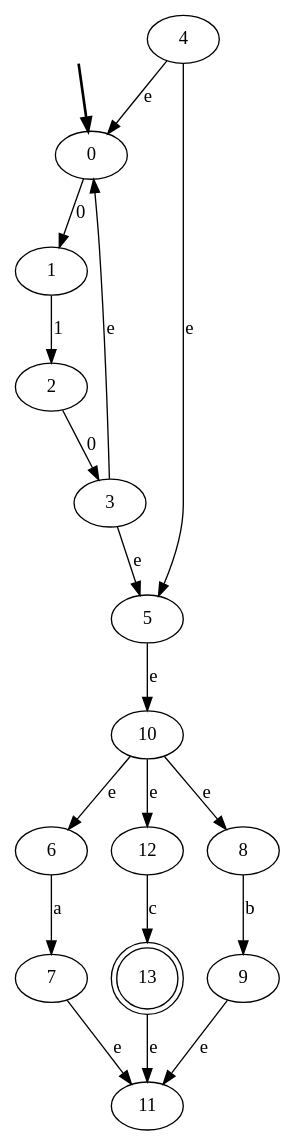
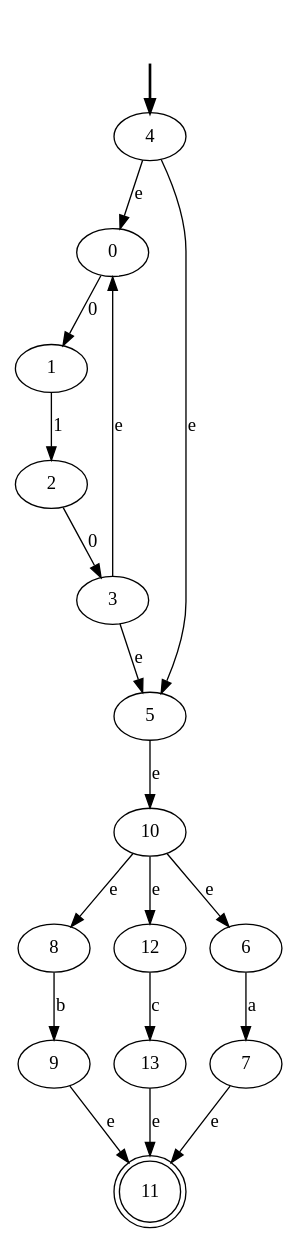
One commit to maupeon/Compiladores changed the diagram in Tarea 1/output.dot. Above: the diagram before and after it, drawn with Graphviz. The commit also changed 3 other files, not shown here.

```diff
--- a/Tarea 1/output.dot
+++ b/Tarea 1/output.dot
@@ -1,35 +1,35 @@
 digraph {
 	fake0 [style=invisible]
-	10
-	13 [shape=doublecircle]
-	0 [root=true]
-	6
-	12
 	1
-	5
+	2
+	4 [root=true]
+	9
+	13
+	0
 	8
 	3
-	2
-	11
-	4
-	9
+	12
+	11 [shape=doublecircle]
+	10
 	7
-	fake0 -> 0 [style=bold]
+	5
+	6
+	fake0 -> 4 [style=bold]
 	0 -> 1 [label=0]
 	1 -> 2 [label=1]
 	2 -> 3 [label=0]
+	4 -> 5 [label=e]
 	4 -> 0 [label=e]
-	4 -> 5 [label=e]
+	3 -> 5 [label=e]
 	3 -> 0 [label=e]
-	3 -> 5 [label=e]
 	6 -> 7 [label=a]
 	8 -> 9 [label=b]
+	10 -> 12 [label=e]
+	10 -> 8 [label=e]
 	10 -> 6 [label=e]
-	10 -> 8 [label=e]
-	10 -> 12 [label=e]
 	7 -> 11 [label=e]
 	9 -> 11 [label=e]
 	12 -> 13 [label=c]
 	13 -> 11 [label=e]
 	5 -> 10 [label=e]
 }
```
